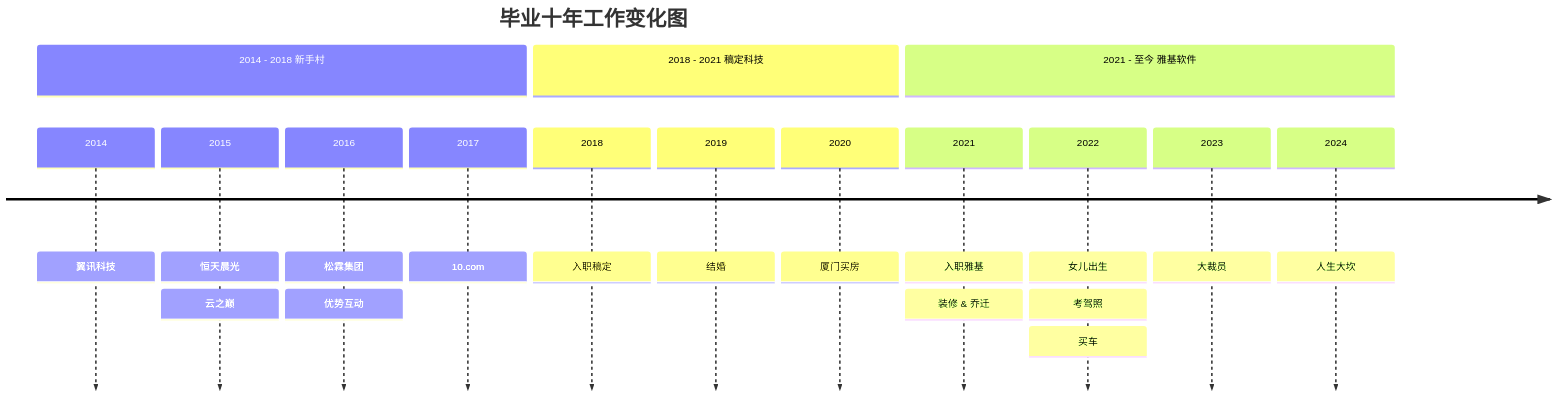
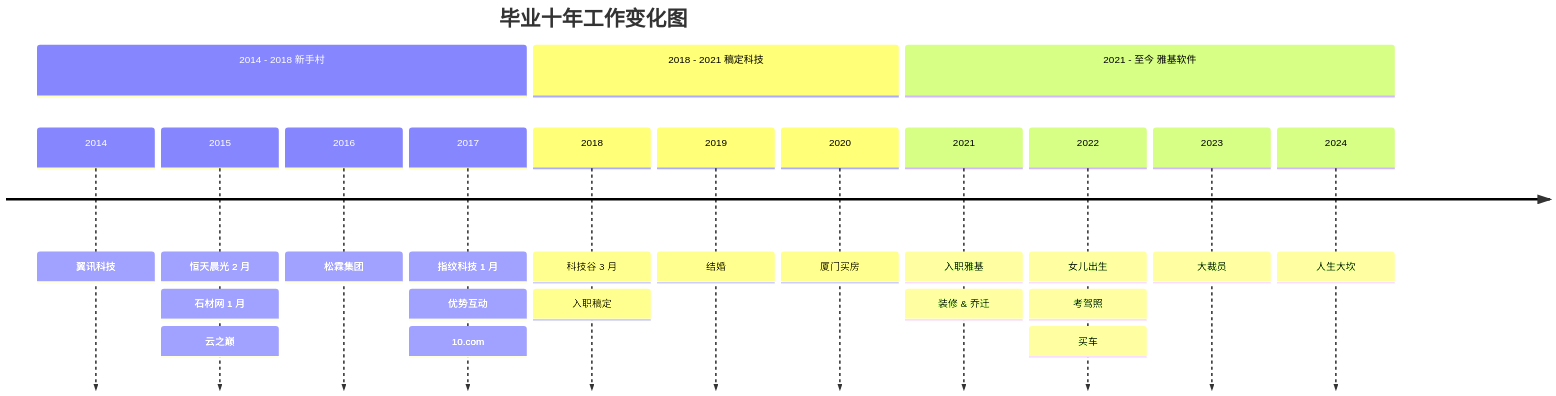
One commit to dogodo-cc/dogodo-cc.github.io changed the first of 2 diagrams in docs/article/2024/10years/index.md. Above: the diagram before and after it, drawn with Mermaid. The commit also changed other lines of this file and 49 other files, not shown here.

````diff
--- a/docs/article/2024/10years/index.md
+++ b/docs/article/2024/10years/index.md
@@ -14,18 +16,18 @@
 ```mermaid
 timeline
     title 毕业十年工作变化图
     section 2014 - 2018 新手村
         2014 : 翼讯科技
-        2015 : 恒天晨光 : 云之巅
-        2016 : 松霖集团 : 优势互动
-        2017 : 10.com
+        2015 : 恒天晨光 2 月 : 石材网 1 月 : 云之巅
+        2016 : 松霖集团
+        2017 : 指纹科技 1 月 : 优势互动 : 10.com
     section 2018 - 2021 稿定科技
-        2018 : 入职稿定
+        2018 : 科技谷 3 月 : 入职稿定
         2019 : 结婚
         2020 : 厦门买房
     section 2021 - 至今 雅基软件
         2021 : 入职雅基 : 装修 & 乔迁
         2022 : 女儿出生 : 考驾照 : 买车
         2023 : 大裁员
         2024 : 人生大坎
 ```
````
